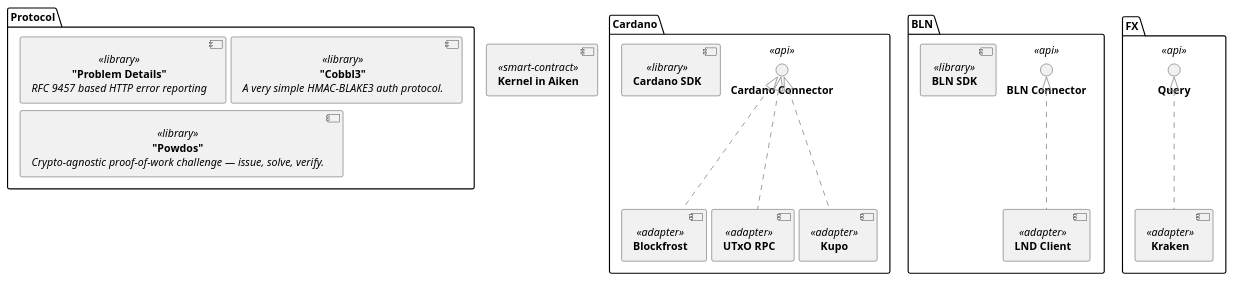
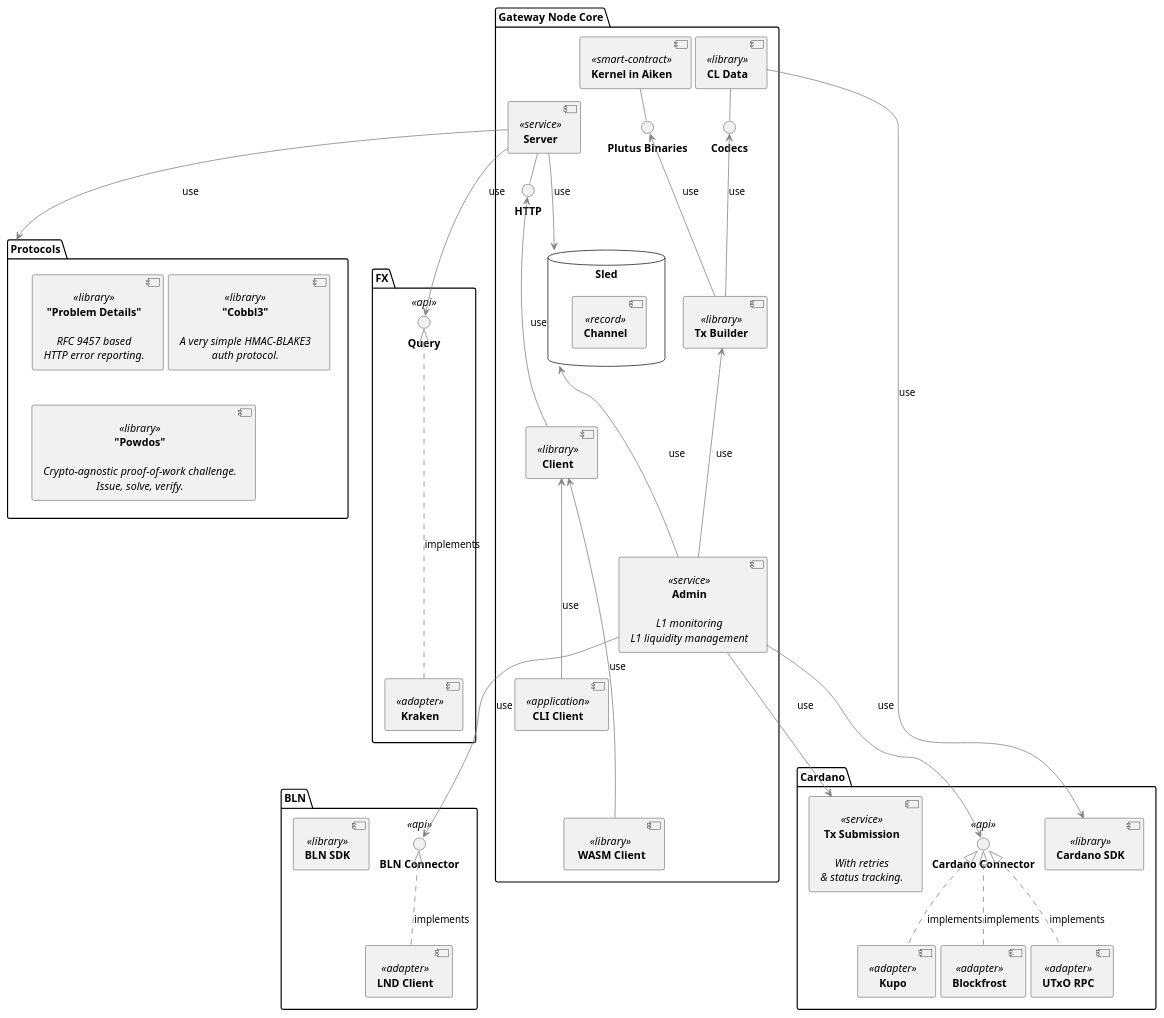
Before and after one commit to cardano-lightning/cardano-lightning: the diagram in milestone-3/konduit/components-3.0.puml, drawn with PlantUML. The commit also changed 2 other files, not shown here.

Commit message:
WIP: server components documentation

```diff
--- a/milestone-3/konduit/components-3.0.puml
+++ b/milestone-3/konduit/components-3.0.puml
@@ -1,72 +1,151 @@
 @startuml
 skinparam componentStyle uml2
 skinparam shadowing false
 skinparam nodesep 6
-skinparam ranksep 10
+skinparam ranksep 5
 
 <style>
 component {
     HorizontalAlignment center   /* works in many cases */
 }
 arrow {
     LineColor gray
     LineThickness 1
 }
 
 </style>
 
-component Kernel <<smart-contract>> [
-  <b>Kernel in Aiken</b>
-]
+package "Gateway Node Core" as CLNode {
+    database Sled as DB {
+      component ChannelInfo <<record>> [
+        <b>Channel
+      ]
+    }
 
-package "Cardano" as CardanoConnector {
-  interface "<b>Cardano Connector</b>" as CardanoConnectorAPI <<api>>
+    component Server <<service>> [
+        <b>Server
+    ]
+    Server -d--> DB: use
 
-  component "<b>Blockfrost</b>" as BlockfrostAdapter <<adapter>>
-  component "<b>UTxO RPC</b>" as UTxORPCAdapter <<adapter>>
-  component "<b>Kupo</b>" as KupoAdapter <<adapter>>
+    interface "<b>HTTP" as HTTP
+    component Client <<library>> [
+      <b>Client
+    ]
+    component CLI <<application>> [
+      <b>CLI Client
+    ]
+    component WASM <<library>> [
+      <b> WASM Client
+    ]
+    CLI -u--> Client: use
+    WASM -u---> Client: use
+    Client -u-->HTTP: use
+    Server -d- HTTP
 
-  BlockfrostAdapter -up-..|> CardanoConnectorAPI
-  UTxORPCAdapter -up-..|> CardanoConnectorAPI
-  KupoAdapter -up-..|> CardanoConnectorAPI
+    component Kernel <<smart-contract>> [
+      <b>Kernel in Aiken
+    ]
+    interface "<b>Plutus Binaries" as PlutusBinaries
+    PlutusBinaries -u- Kernel
 
-  component CardanoSDK <<library>> [
-    <b>Cardano SDK</b>
-  ]
+    component TxBuilder <<library>> [
+        <b>Tx Builder
+    ]
 
-}
+    TxBuilder -u--> PlutusBinaries: use
 
-package Protocol as Protocol {
-  component ProblemDetails <<library>> [
-    <b>"Problem Details"</b>
-    <i>RFC 9457 based HTTP error reporting</i>
-  ]
+    component CLData <<library>> [
+      <b>CL Data
+    ]
 
-  component Cobbl3 <<library>> [
-    <b>"Cobbl3"</b>
-    <i>A very simple HMAC-BLAKE3 auth protocol.</i>
-  ]
+    interface "<b>Codecs" as Codecs
 
-  component Powdos <<library>> [
-    <b>"Powdos"</b>
-    <i>Crypto-agnostic proof-of-work challenge — issue, solve, verify.</i>
-  ]
+    Codecs -u- CLData
 
-}
+    TxBuilder -u--> Codecs: use
 
-package "BLN" as BLN {
-  interface "<b>BLN Connector</b>" as BLNConnectorAPI <<api>>
-  component "<b>LND Client</b>" as LndAdapter <<adapter>>
-  LndAdapter -up-..|> BLNConnectorAPI
+    component Admin <<service>> [
+      <b>Admin
 
-  component "<b>BLN SDK</b>" <<library>>
-}
+      <i>L1 monitoring
+      <i>L1 liquidity management
+    ]
 
-package "<b>FX</b>" as FX {
-  interface "<b>Query</b>" as FXAPI <<api>>
-  component "<b>Kraken</b>" as Kraken <<adapter>>
-  Kraken -up-..|> FXAPI
+    Admin -u--> TxBuilder: use
+
+    Admin -u--> DB: use
 }
 
 
+  package Protocols as Protocols {
+    component ProblemDetails <<library>> [
+      <b>"Problem Details"
+
+      <i>RFC 9457 based
+      <i>HTTP error reporting.
+    ]
+
+    component Cobbl3 <<library>> [
+      <b>"Cobbl3"
+
+      <i>A very simple HMAC-BLAKE3
+      <i>auth protocol.
+    ]
+
+    component Powdos <<library>> [
+      <b>"Powdos"
+
+      <i>Crypto-agnostic proof-of-work challenge.
+      <i>Issue, solve, verify.
+    ]
+
+  }
+
+  package "<b>FX</b>" as FX {
+    interface "<b>Query</b>" as FXAPI <<api>>
+    component "<b>Kraken</b>" as Kraken <<adapter>>
+    Kraken -u-..|> FXAPI: implements
+  }
+
+  package Cardano as Cardano {
+    interface "<b>Cardano Connector</b>" as CardanoConnector <<api>>
+
+    component "<b>Blockfrost" as BlockfrostAdapter <<adapter>>
+    component "<b>UTxO RPC" as UTxORPCAdapter <<adapter>>
+    component "<b>Kupo" as KupoAdapter <<adapter>>
+
+    BlockfrostAdapter -u-..|> CardanoConnector: implements
+    UTxORPCAdapter -u-..|> CardanoConnector: implements
+    KupoAdapter -u-..|> CardanoConnector: implements
+
+    component CardanoSDK <<library>> [
+      <b>Cardano SDK</b>
+    ]
+
+    component TxSubmission <<service>> [
+      <b>Tx Submission
+
+      <i>With retries
+      <i>& status tracking.
+    ]
+  }
+
+  package "BLN" as BLN {
+    interface "<b>BLN Connector</b>" as BLNConnector <<api>>
+    component "<b>LND Client</b>" as LndAdapter <<adapter>>
+    LndAdapter -u-..|> BLNConnector: implements
+
+    component "<b>BLN SDK</b>" <<library>>
+  }
+
+
+CLData -d--> CardanoSDK: use
+'TxBuilder -d--> CardanoSDK: use
+Admin -d--> CardanoConnector: use
+Admin -d--> TxSubmission: use
+Admin -d--> BLNConnector: use
+
+Server -d--> Protocols: use
+Server -d--> FXAPI: use
+
 @enduml
```
